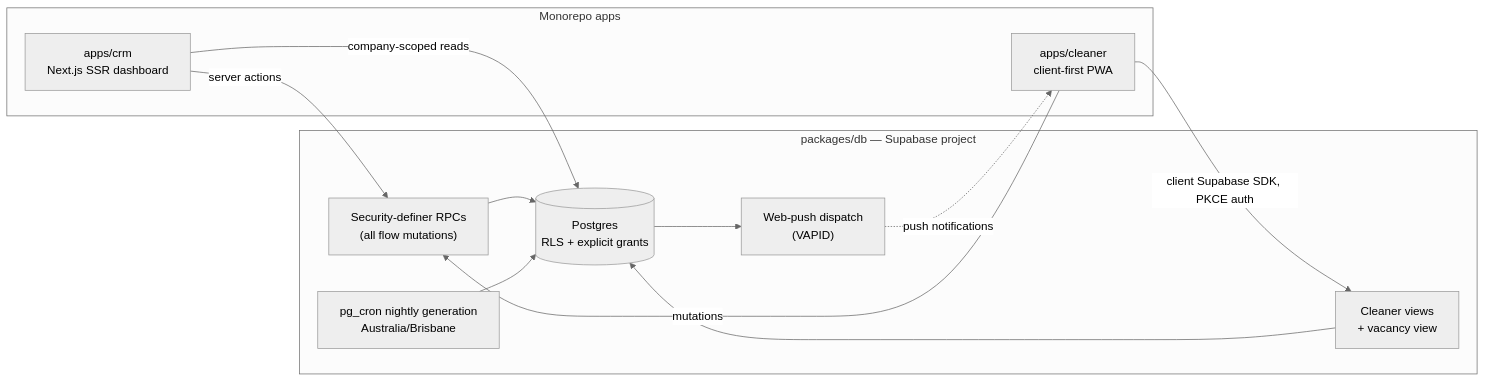
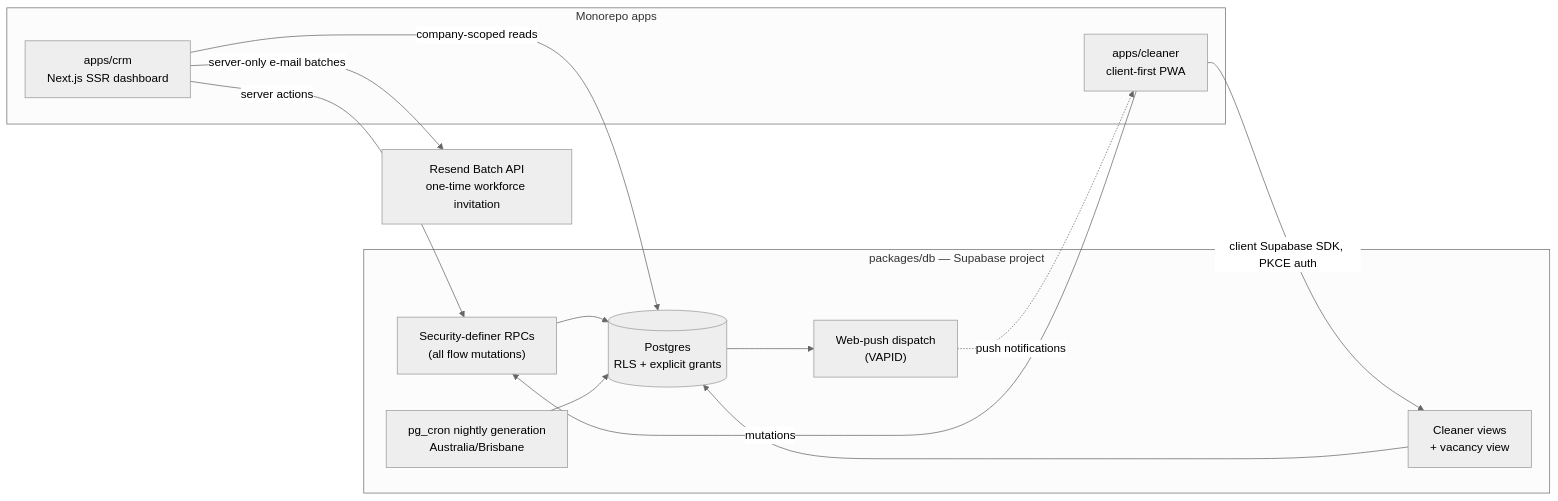
One commit to lspinheiro/clean_app_crm changed the first of 2 diagrams in docs/design/phase-a-adoption/hld.md. Above: the diagram before and after it, drawn with Mermaid (neutral theme). The commit also changed other lines of this file and 25 other files, not shown here.

````diff
--- a/docs/design/phase-a-adoption/hld.md
+++ b/docs/design/phase-a-adoption/hld.md
@@ -45,23 +45,25 @@
 ```mermaid
 flowchart LR
     subgraph appsGroup["Monorepo apps"]
         CRM["apps/crm\nNext.js SSR dashboard"]
         CLEANER["apps/cleaner\nclient-first PWA"]
     end
     subgraph db["packages/db — Supabase project"]
         RPC["Security-definer RPCs\n(all flow mutations)"]
         VIEWS["Cleaner views\n+ vacancy view"]
         PG[("Postgres\nRLS + explicit grants")]
         CRON["pg_cron nightly generation\nAustralia/Brisbane"]
         PUSH["Web-push dispatch\n(VAPID)"]
     end
+    RESEND["Resend Batch API\none-time workforce invitation"]
     CRM -->|"server actions"| RPC
     CRM -->|"company-scoped reads"| PG
+    CRM -->|"server-only e-mail batches"| RESEND
     CLEANER -->|"client Supabase SDK, PKCE auth"| VIEWS
     CLEANER -->|"mutations"| RPC
     RPC --> PG
     VIEWS --> PG
     CRON --> PG
     PG --> PUSH
     PUSH -.->|"push notifications"| CLEANER
 ```
````
